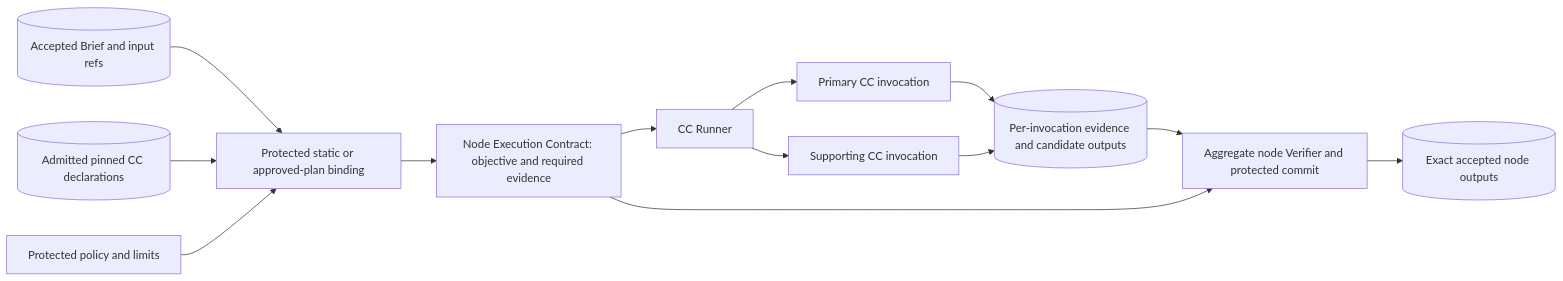
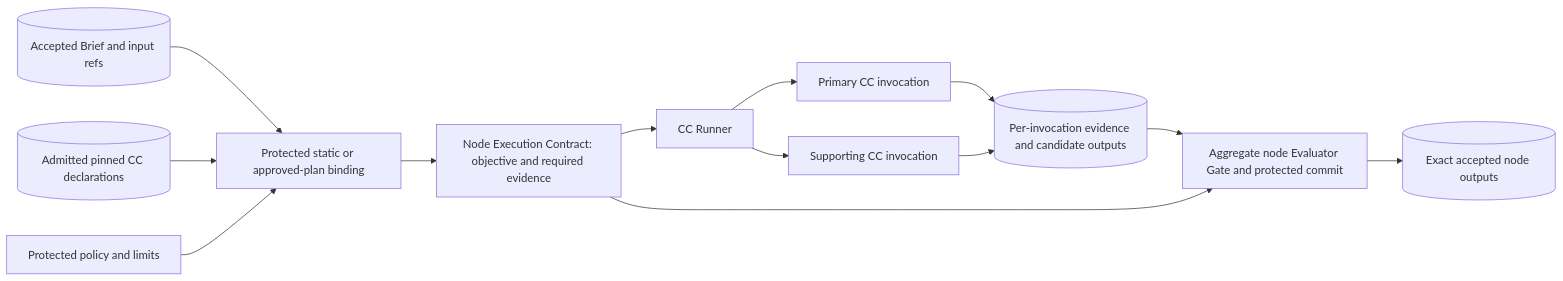
Before and after one commit to Stellven/jiuwenswarm: the diagram in docs/architecture/build-package/contracts-and-native-reuse.md, drawn with Mermaid. The commit also changed other lines of this file and 39 other files, not shown here.

Commit message:
Standardize architecture vocabulary and name the Phase 1 intent slice

````diff
--- a/docs/architecture/build-package/contracts-and-native-reuse.md
+++ b/docs/architecture/build-package/contracts-and-native-reuse.md
@@ -73,15 +73,15 @@
 ```mermaid
 flowchart LR
     Brief[(Accepted Brief and input refs)] --> Binder[Protected static or approved-plan binding]
     Library[(Admitted pinned CC declarations)] --> Binder
     Policy[Protected policy and limits] --> Binder
     Binder --> Contract[Node Execution Contract: objective and required evidence]
     Contract --> Runner[CC Runner]
     Runner --> C1[Primary CC invocation]
     Runner --> C2[Supporting CC invocation]
     C1 --> Evidence[(Per-invocation evidence and candidate outputs)]
     C2 --> Evidence
-    Evidence --> Gate[Aggregate node Verifier and protected commit]
+    Evidence --> Gate[Aggregate node Evaluator Gate and protected commit]
     Contract --> Gate
     Gate --> Result[(Exact accepted node outputs)]
 ```
````
